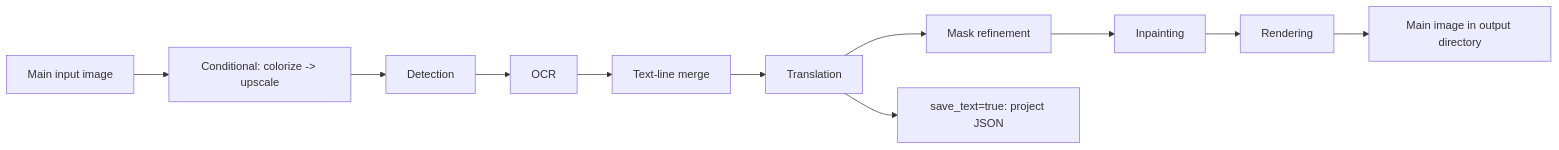
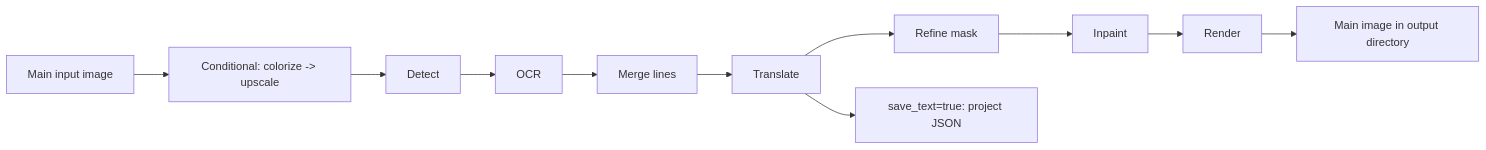
One commit to hgmzhn/manga-translator-ui changed the diagram in doc/wiki/en/desktop/translation/output-directory-and-workflow.md. Above: the diagram before and after it, drawn with Mermaid. The commit also changed other lines of this file and 252 other files, not shown here.

````diff
--- a/doc/wiki/en/desktop/translation/output-directory-and-workflow.md
+++ b/doc/wiki/en/desktop/translation/output-directory-and-workflow.md
@@ -97,7 +47,7 @@
 ```mermaid
 flowchart LR
     Input["Main input image"] --> Pre["Conditional: colorize -> upscale"]
-    Pre --> Detect["Detection"] --> OCR["OCR"] --> Merge["Text-line merge"] --> Translate["Translation"]
-    Translate --> Mask["Mask refinement"] --> Inpaint["Inpainting"] --> Render["Rendering"] --> Output["Main image in output directory"]
+    Pre --> Detect["Detect"] --> OCR["OCR"] --> Merge["Merge lines"] --> Translate["Translate"]
+    Translate --> Mask["Refine mask"] --> Inpaint["Inpaint"] --> Render["Render"] --> Output["Main image in output directory"]
     Translate --> Json["save_text=true: project JSON"]
 ```
````
